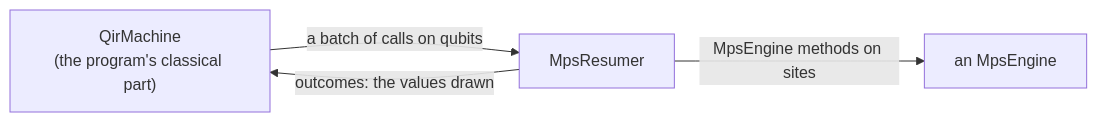
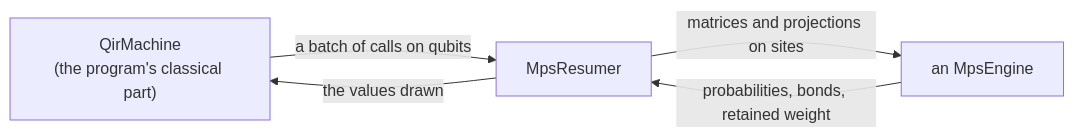
One commit to microsoft/qdk changed the diagram in source/simulators/src/mps_simulator/README.md. Above: the diagram before and after it, drawn with Mermaid. The commit also changed other lines of this file and 8 other files, not shown here.

````diff
--- a/source/simulators/src/mps_simulator/README.md
+++ b/source/simulators/src/mps_simulator/README.md
@@ -97,6 +67,7 @@
 ```mermaid
 flowchart LR
   M["QirMachine<br/>(the program's classical part)"] -->|"a batch of calls on qubits"| R["MpsResumer"]
-  R -->|"outcomes: the values drawn"| M
-  R -->|"MpsEngine methods on sites"| E["an MpsEngine"]
+  R -->|"the values drawn"| M
+  R -->|"matrices and projections on sites"| E["an MpsEngine"]
+  E -->|"probabilities, bonds, retained weight"| R
 ```
````
